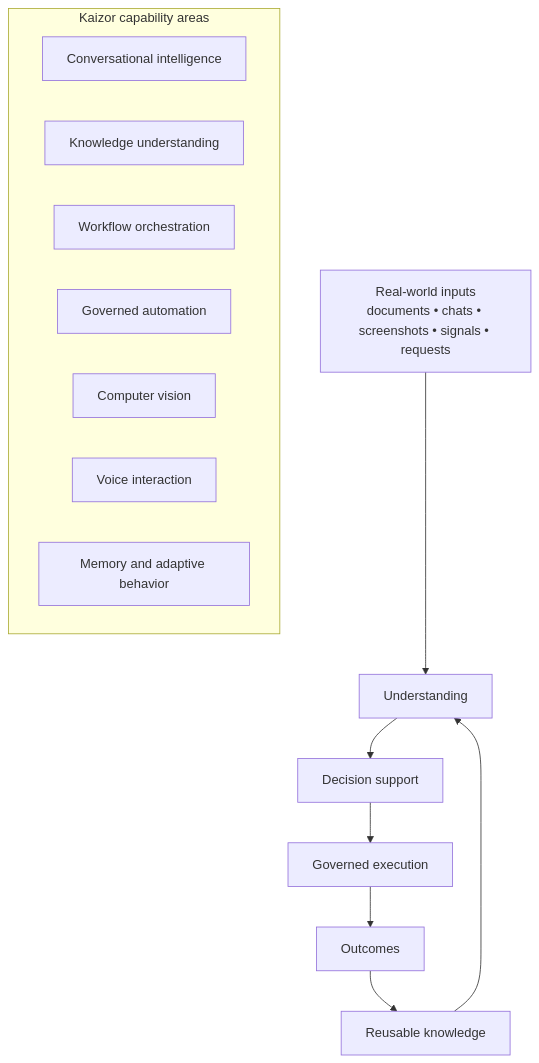
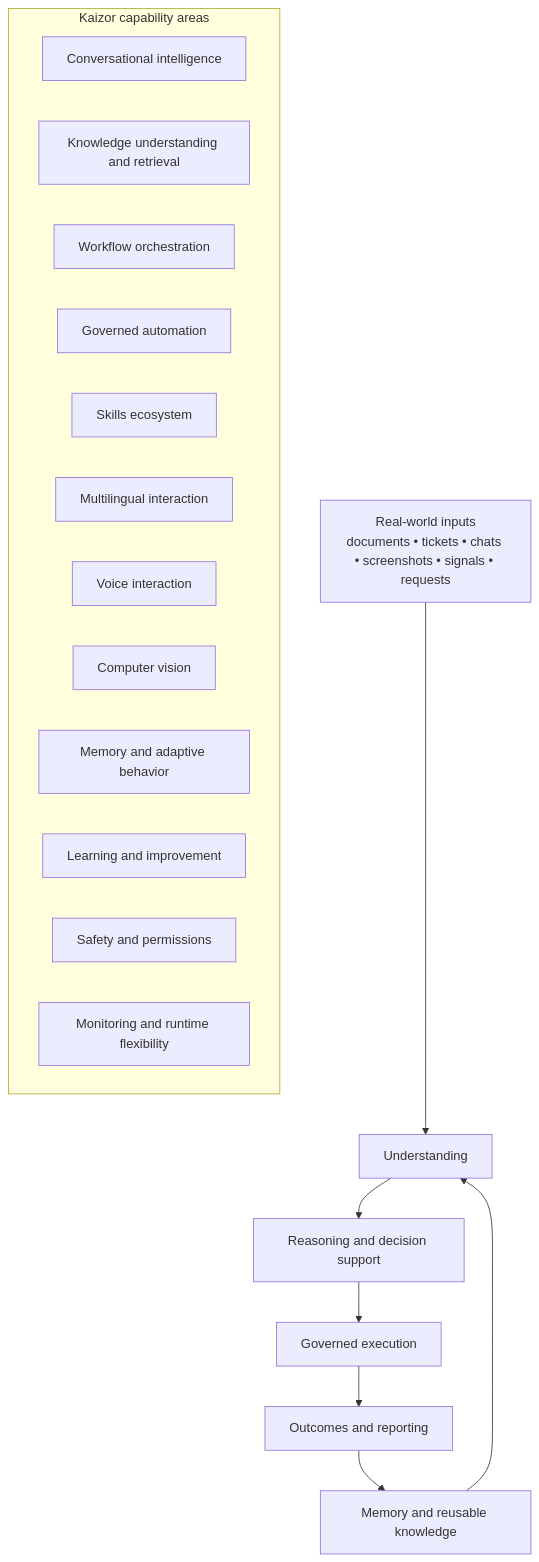
Before and after one commit to AhmedMira/kaizor-trial-release: the first of 6 diagrams in KAIZOR_PLATFORM_README.md, drawn with Mermaid. The commit also changed other lines of this file, not shown here.

Commit message:
docs: expand full kaizor platform readme with roadmap and broader capability map

````diff
--- a/KAIZOR_PLATFORM_README.md
+++ b/KAIZOR_PLATFORM_README.md
@@ -172,19 +291,24 @@
 ```mermaid
 flowchart TB
-  A[Real-world inputs<br/>documents • chats • screenshots • signals • requests] --> B[Understanding]
-  B --> C[Decision support]
+  A[Real-world inputs<br/>documents • tickets • chats • screenshots • signals • requests] --> B[Understanding]
+  B --> C[Reasoning and decision support]
   C --> D[Governed execution]
-  D --> E[Outcomes]
-  E --> F[Reusable knowledge]
+  D --> E[Outcomes and reporting]
+  E --> F[Memory and reusable knowledge]
   F --> B
 
   subgraph G[Kaizor capability areas]
     G1[Conversational intelligence]
-    G2[Knowledge understanding]
+    G2[Knowledge understanding and retrieval]
     G3[Workflow orchestration]
     G4[Governed automation]
-    G5[Computer vision]
-    G6[Voice interaction]
-    G7[Memory and adaptive behavior]
+    G5[Skills ecosystem]
+    G6[Multilingual interaction]
+    G7[Voice interaction]
+    G8[Computer vision]
+    G9[Memory and adaptive behavior]
+    G10[Learning and improvement]
+    G11[Safety and permissions]
+    G12[Monitoring and runtime flexibility]
   end
 ```
````
